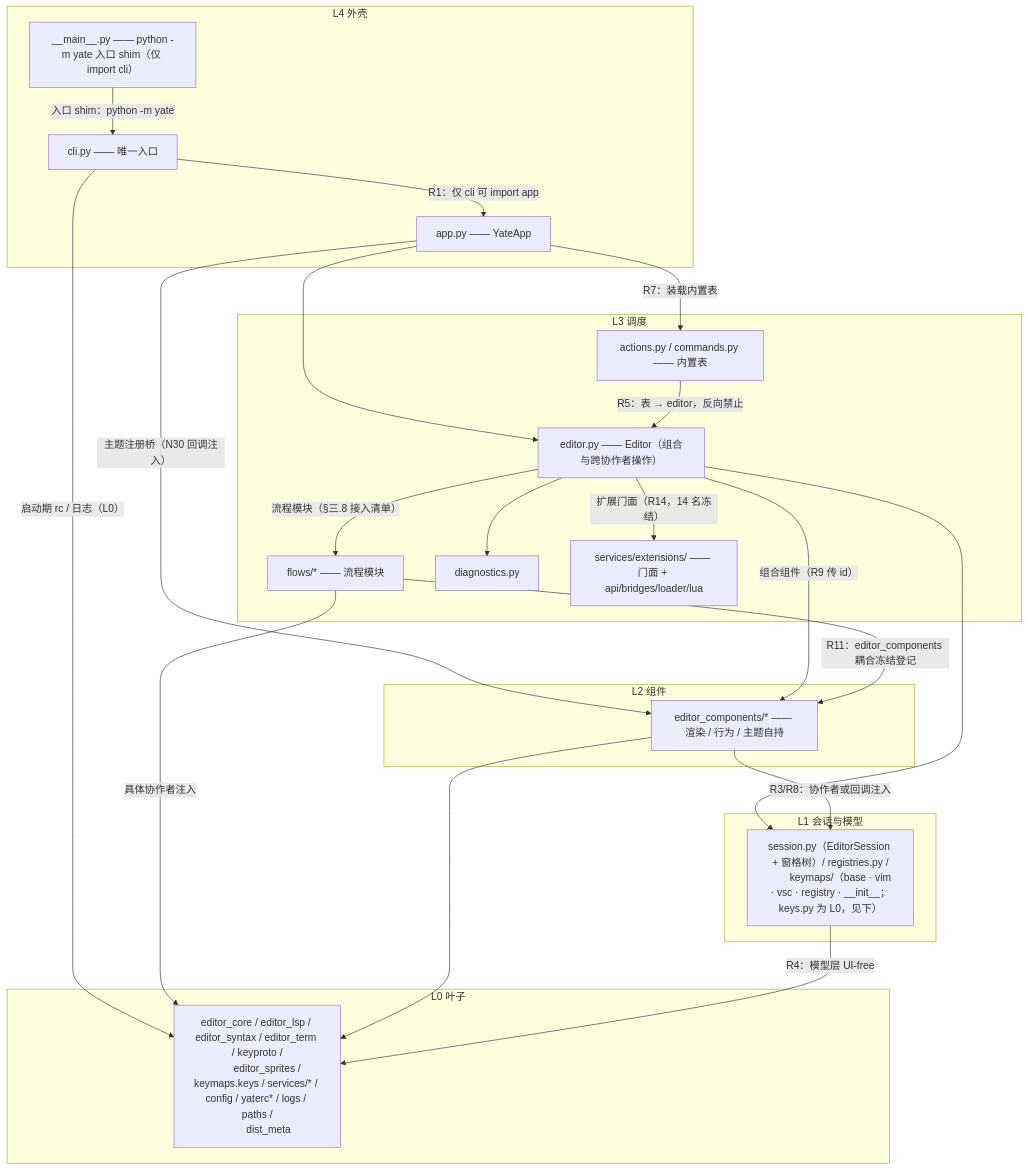
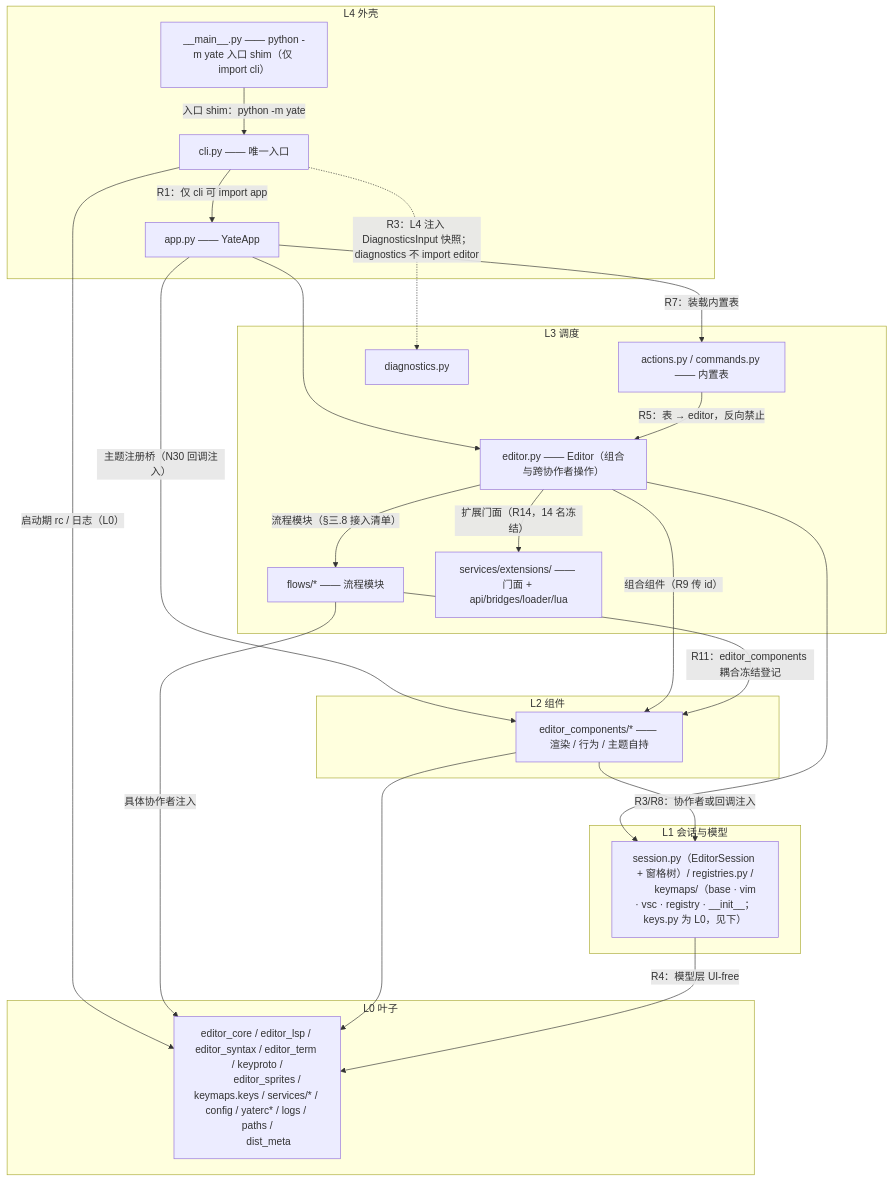
The first of 2 diagrams in .trae/rules/architecture-boundaries.md (BigThxBrigde/yate), drawn with Mermaid before and after one commit. The commit also changed 1 other file, not shown here.

Commit message:
docs(architecture): correct the diagnostics dependency edge
Why: R3 executors reported the Mermaid graph still showed editor importing
diagnostics after the snapshot inversion.
How: replace the edge with the L4 snapshot-injection edge and record the late
handoff in the sweep execution log.

````diff
--- a/.trae/rules/architecture-boundaries.md
+++ b/.trae/rules/architecture-boundaries.md
@@ -71,45 +71,45 @@
 ```mermaid
 flowchart TD
     subgraph L4["L4 外壳"]
         MAIN["__main__.py —— python -m yate 入口 shim（仅 import cli）"]
         CLI["cli.py —— 唯一入口"]
         APP["app.py —— YateApp"]
     end
     subgraph L3["L3 调度"]
         ED["editor.py —— Editor（组合与跨协作者操作）"]
         TABLES["actions.py / commands.py —— 内置表"]
         FLOWS["flows/* —— 流程模块"]
         DIAG["diagnostics.py"]
         EXTF["services/extensions/ —— 门面 + api/bridges/loader/lua"]
     end
     subgraph L2["L2 组件"]
         EV["editor_components/* —— 渲染 / 行为 / 主题自持"]
     end
     subgraph L1["L1 会话与模型"]
         SES["session.py（EditorSession + 窗格树）/ registries.py /
         keymaps/（base · vim · vsc · registry · __init__；keys.py 为 L0，见下）"]
     end
     subgraph L0["L0 叶子"]
         LEAVES["editor_core / editor_lsp / editor_syntax / editor_term / keyproto /
         editor_sprites / keymaps.keys / services/* / config / yaterc* / logs / paths /
         dist_meta"]
     end
 
     CLI -->|"R1：仅 cli 可 import app"| APP
     MAIN -->|"入口 shim：python -m yate"| CLI
     CLI -->|"启动期 rc / 日志（L0）"| LEAVES
     APP -->|"R7：装载内置表"| TABLES
     APP --> ED
     APP -->|"主题注册桥（N30 回调注入）"| EV
     TABLES -->|"R5：表 → editor，反向禁止"| ED
     ED -->|"组合组件（R9 传 id）"| EV
     ED -->|"流程模块（§三.8 接入清单）"| FLOWS
-    ED --> DIAG
+    CLI -.->|"R3：L4 注入 DiagnosticsInput 快照；diagnostics 不 import editor"| DIAG
     ED -->|"扩展门面（R14，14 名冻结）"| EXTF
     ED --> SES
     FLOWS -->|"R11：editor_components 耦合冻结登记"| EV
     FLOWS -->|"具体协作者注入"| LEAVES
     EV -->|"R3/R8：协作者或回调注入"| SES
     EV --> LEAVES
     SES -->|"R4：模型层 UI-free"| LEAVES
 ```
````
